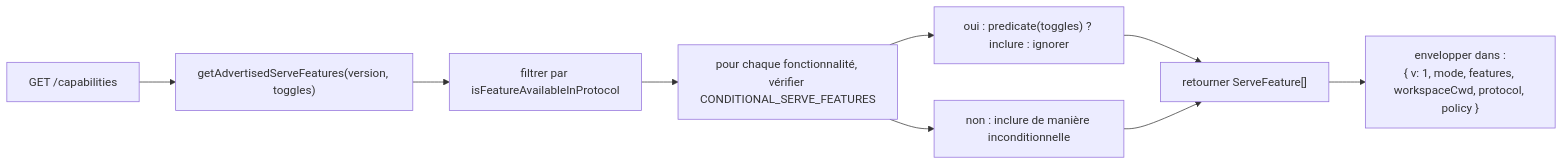
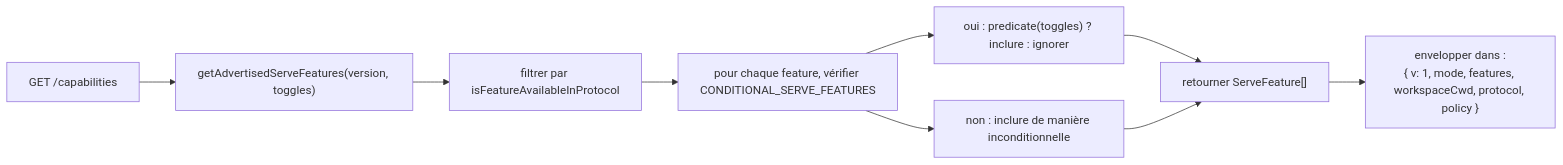
The first of 2 diagrams in website/content/fr/developers/daemon/11-capabilities-versioning.md (QwenLM/qwen-code-docs), drawn with Mermaid before and after one commit. The commit also changed other lines of this file and 128 other files, not shown here.

````diff
--- a/website/content/fr/developers/daemon/11-capabilities-versioning.md
+++ b/website/content/fr/developers/daemon/11-capabilities-versioning.md
@@ -128,11 +128,11 @@
 ```mermaid
 flowchart LR
     A["GET /capabilities"] --> B["getAdvertisedServeFeatures(version, toggles)"]
     B --> C["filtrer par isFeatureAvailableInProtocol"]
-    C --> D["pour chaque fonctionnalité, vérifier CONDITIONAL_SERVE_FEATURES"]
+    C --> D["pour chaque feature, vérifier CONDITIONAL_SERVE_FEATURES"]
     D --> E["oui : predicate(toggles) ? inclure : ignorer"]
     D --> F["non : inclure de manière inconditionnelle"]
     E --> G["retourner ServeFeature[]"]
     F --> G
     G --> H["envelopper dans :<br/>{ v: 1, mode, features, workspaceCwd, protocol, policy }"]
 ```
````
